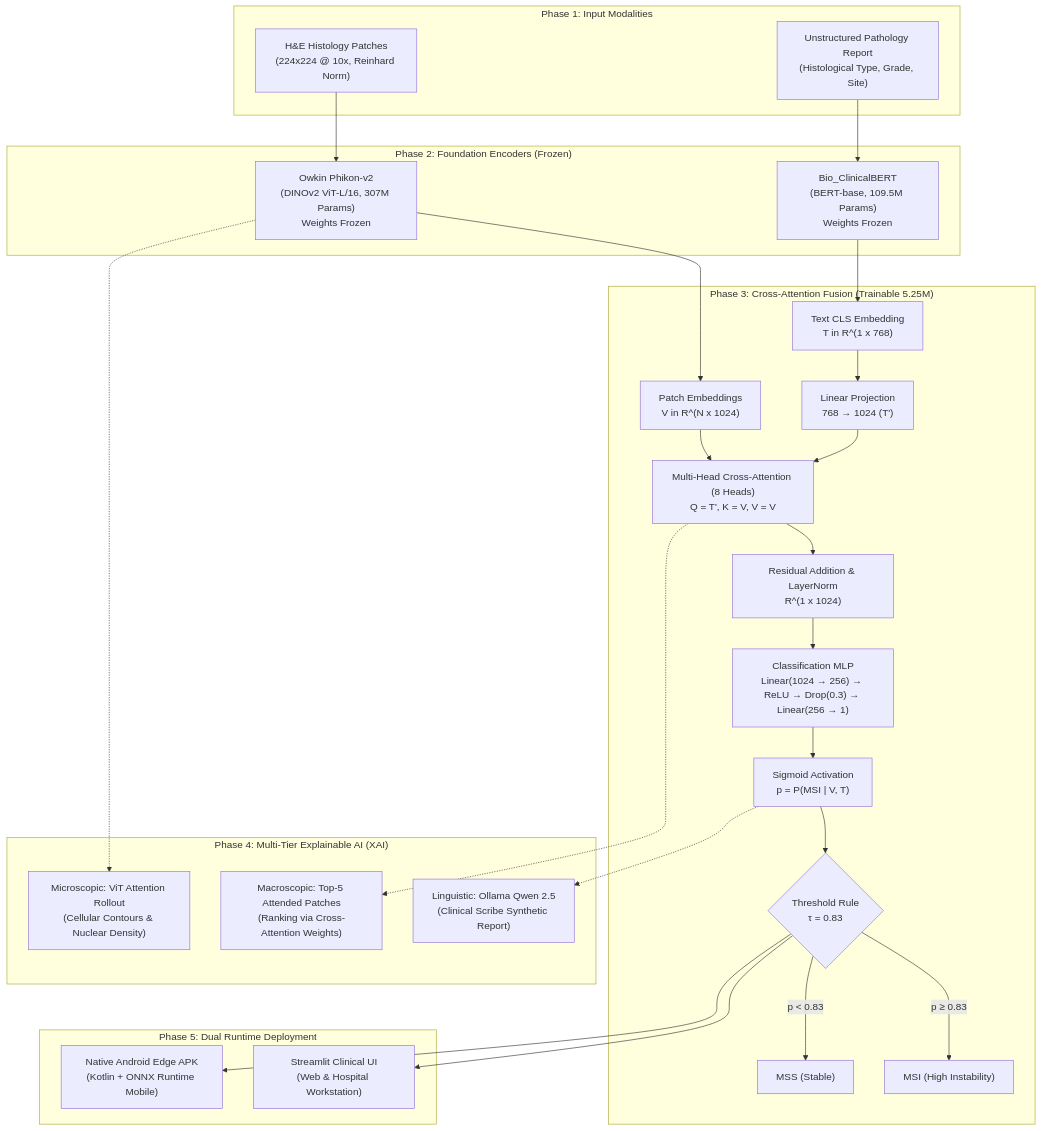
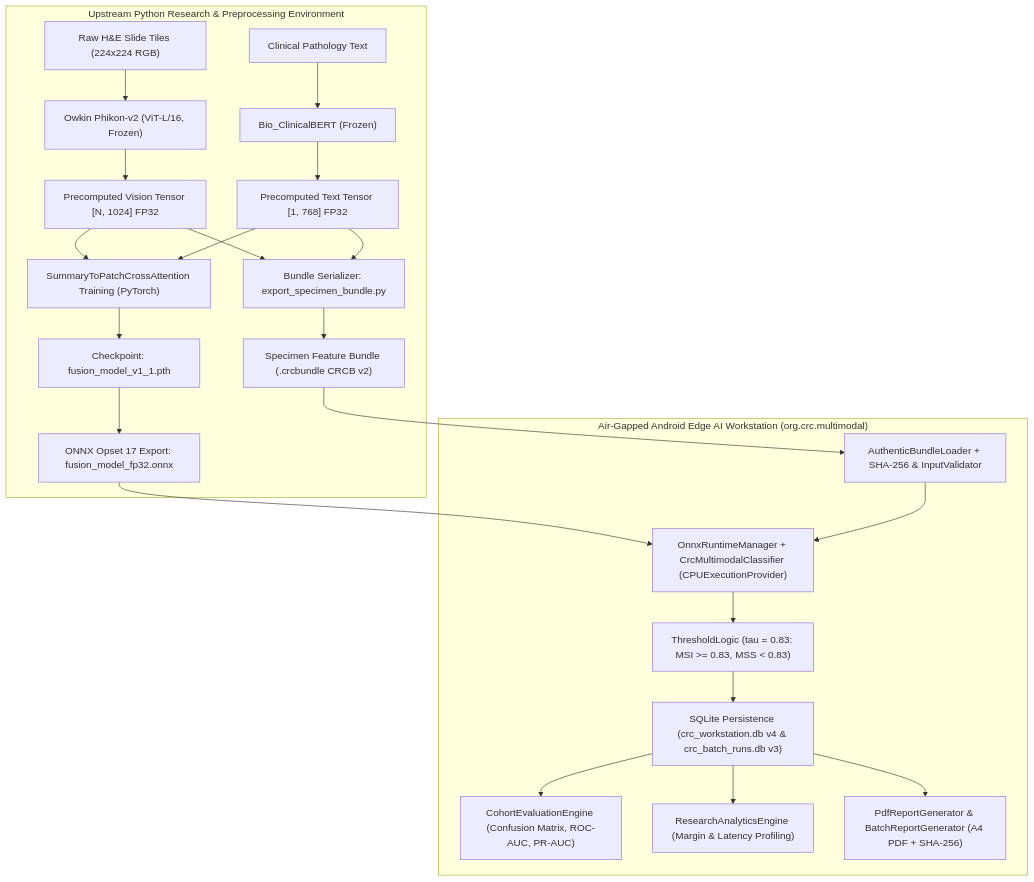
One commit to PrajwalGN1/EdgeCRC-AI changed the first of 3 diagrams in README.md. Above: the diagram before and after it, drawn with Mermaid. The commit also changed other lines of this file and 216 other files, not shown here.

Commit message:
docs: add comprehensive EdgeCRC-AI documentation and sync Android workstation

````diff
--- a/README.md
+++ b/README.md
@@ -73,53 +121,27 @@
 ```mermaid
 flowchart TD
-    subgraph S1["Phase 1: Input Modalities"]
-        WSI["H&E Histology Patches<br/>(224x224 @ 10x, Reinhard Norm)"]
-        TXT["Unstructured Pathology Report<br/>(Histological Type, Grade, Site)"]
+    subgraph Upstream["Upstream Python Research & Preprocessing Environment"]
+        WSI["Raw H&E Slide Tiles (224x224 RGB)"] --> PHIKON["Owkin Phikon-v2 (ViT-L/16, Frozen)"]
+        TXT["Clinical Pathology Text"] --> CBERT["Bio_ClinicalBERT (Frozen)"]
+        PHIKON --> VT["Precomputed Vision Tensor [N, 1024] FP32"]
+        CBERT --> TT["Precomputed Text Tensor [1, 768] FP32"]
+        VT --> TRAIN["SummaryToPatchCrossAttention Training (PyTorch)"]
+        TT --> TRAIN
+        TRAIN --> PTH["Checkpoint: fusion_model_v1_1.pth"]
+        PTH --> ONNXEXP["ONNX Opset 17 Export: fusion_model_fp32.onnx"]
+        VT --> BUNDLER["Bundle Serializer: export_specimen_bundle.py"]
+        TT --> BUNDLER
+        BUNDLER --> CRCB["Specimen Feature Bundle (.crcbundle CRCB v2)"]
     end
 
-    subgraph S2["Phase 2: Foundation Encoders (Frozen)"]
-        PHIKON["Owkin Phikon-v2<br/>(DINOv2 ViT-L/16, 307M Params)<br/>Weights Frozen"]
-        CLINICAL["Bio_ClinicalBERT<br/>(BERT-base, 109.5M Params)<br/>Weights Frozen"]
-        WSI --> PHIKON
-        TXT --> CLINICAL
-    end
-
-    subgraph S3["Phase 3: Cross-Attention Fusion (Trainable 5.25M)"]
-        V_EMB["Patch Embeddings<br/>V in R^(N x 1024)"]
-        T_EMB["Text CLS Embedding<br/>T in R^(1 x 768)"]
-        PROJ["Linear Projection<br/>768 → 1024 (T')"]
-        MHA["Multi-Head Cross-Attention (8 Heads)<br/>Q = T', K = V, V = V"]
-        RES_LN["Residual Addition & LayerNorm<br/>R^(1 x 1024)"]
-        MLP["Classification MLP<br/>Linear(1024 → 256) → ReLU → Drop(0.3) → Linear(256 → 1)"]
-        SIGMOID["Sigmoid Activation<br/>p = P(MSI | V, T)"]
-        DECISION{"Threshold Rule<br/>τ = 0.83"}
-
-        PHIKON --> V_EMB
-        CLINICAL --> T_EMB
-        T_EMB --> PROJ
-        PROJ --> MHA
-        V_EMB --> MHA
-        MHA --> RES_LN
-        RES_LN --> MLP
-        MLP --> SIGMOID
-        SIGMOID --> DECISION
-        DECISION -->|"p ≥ 0.83"| MSI["MSI (High Instability)"]
-        DECISION -->|"p &lt; 0.83"| MSS["MSS (Stable)"]
-    end
-
-    subgraph S4["Phase 4: Multi-Tier Explainable AI (XAI)"]
-        TOP5["Macroscopic: Top-5 Attended Patches<br/>(Ranking via Cross-Attention Weights)"]
-        HEATMAP["Microscopic: ViT Attention Rollout<br/>(Cellular Contours & Nuclear Density)"]
-        SCRIBE["Linguistic: Ollama Qwen 2.5<br/>(Clinical Scribe Synthetic Report)"]
-        MHA -.-> TOP5
-        PHIKON -.-> HEATMAP
-        SIGMOID -.-> SCRIBE
-    end
-
-    subgraph S5["Phase 5: Dual Runtime Deployment"]
-        STREAMLIT["Streamlit Clinical UI<br/>(Web & Hospital Workstation)"]
-        ANDROID["Native Android Edge APK<br/>(Kotlin + ONNX Runtime Mobile)"]
-        DECISION --> STREAMLIT
-        DECISION --> ANDROID
+    subgraph Edge["Air-Gapped Android Edge AI Workstation (org.crc.multimodal)"]
+        CRCB --> LOADER["AuthenticBundleLoader + SHA-256 & InputValidator"]
+        ONNXEXP --> ORT["OnnxRuntimeManager + CrcMultimodalClassifier (CPUExecutionProvider)"]
+        LOADER --> ORT
+        ORT --> THRESH["ThresholdLogic (tau = 0.83: MSI >= 0.83, MSS < 0.83)"]
+        THRESH --> SQLITE["SQLite Persistence (crc_workstation.db v4 & crc_batch_runs.db v3)"]
+        SQLITE --> EVAL["CohortEvaluationEngine (Confusion Matrix, ROC-AUC, PR-AUC)"]
+        SQLITE --> ANALYTICS["ResearchAnalyticsEngine (Margin & Latency Profiling)"]
+        SQLITE --> PDF["PdfReportGenerator & BatchReportGenerator (A4 PDF + SHA-256)"]
     end
 ```
````
